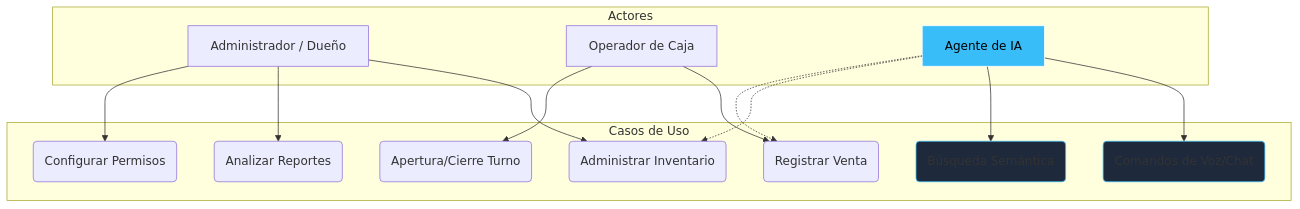
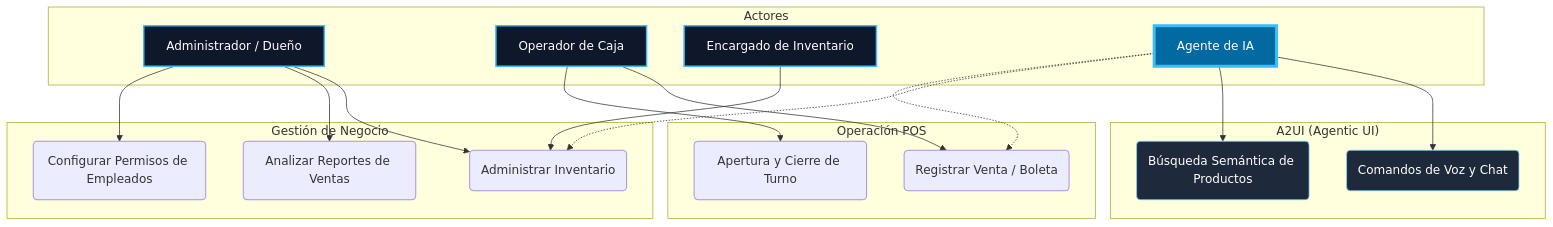
Before and after one commit to HecAguilaV/SIGA: the diagram in docs/technical-room/es/01-SCENARIOS.mdx, drawn with Mermaid. The commit also changed other lines of this file and 11 other files, not shown here.

Commit message:
docs: arquitectura técnica 4+1 bilingüe final - alto contraste y accesibilidad / final 4+1 bilingual technical architecture - high contrast and accessibility

````diff
--- a/docs/technical-room/es/01-SCENARIOS.mdx
+++ b/docs/technical-room/es/01-SCENARIOS.mdx
@@ -9,34 +9,47 @@
 ```mermaid
 graph TD
     subgraph Actores
         Admin[Administrador / Dueño]
         Op[Operador de Caja]
+        Inv[Encargado de Inventario]
         AI[Agente de IA]
     end
 
-    subgraph "Casos de Uso"
+    subgraph "Gestión de Negocio"
         UC1(Administrar Inventario)
-        UC2(Analizar Reportes)
-        UC3(Configurar Permisos)
-        UC4(Registrar Venta)
-        UC5(Apertura/Cierre Turno)
-        AI1(Comandos de Voz/Chat)
-        AI2(Búsqueda Semántica)
+        UC2(Analizar Reportes de Ventas)
+        UC3(Configurar Permisos de Empleados)
+    end
+
+    subgraph "Operación POS"
+        UC4(Registrar Venta / Boleta)
+        UC5(Apertura y Cierre de Turno)
+    end
+
+    subgraph "A2UI (Agentic UI)"
+        AI1(Comandos de Voz y Chat)
+        AI2(Búsqueda Semántica de Productos)
     end
 
     Admin --> UC1
     Admin --> UC2
     Admin --> UC3
     
     Op --> UC4
     Op --> UC5
     
+    Inv --> UC1
+    
     AI --> AI1
     AI --> AI2
     AI -.-> UC1
     AI -.-> UC4
 
-    style AI fill:#38bdf8,stroke:#fff,color:#000
-    style AI1 fill:#1e293b,stroke:#38bdf8
-    style AI2 fill:#1e293b,stroke:#38bdf8
+    %% Estilos de Accesibilidad (Contraste Alto)
+    style Admin fill:#0f172a,stroke:#38bdf8,stroke-width:2px,color:#fff
+    style Op fill:#0f172a,stroke:#38bdf8,stroke-width:2px,color:#fff
+    style Inv fill:#0f172a,stroke:#38bdf8,stroke-width:2px,color:#fff
+    style AI fill:#0369a1,stroke:#38bdf8,stroke-width:4px,color:#fff
+    style AI1 fill:#1e293b,stroke:#7dd3fc,color:#fff
+    style AI2 fill:#1e293b,stroke:#7dd3fc,color:#fff
 ```
````
